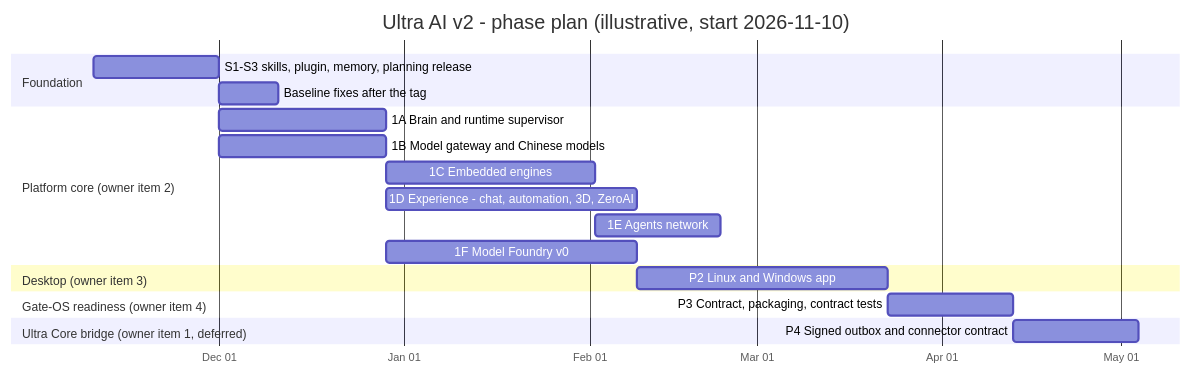
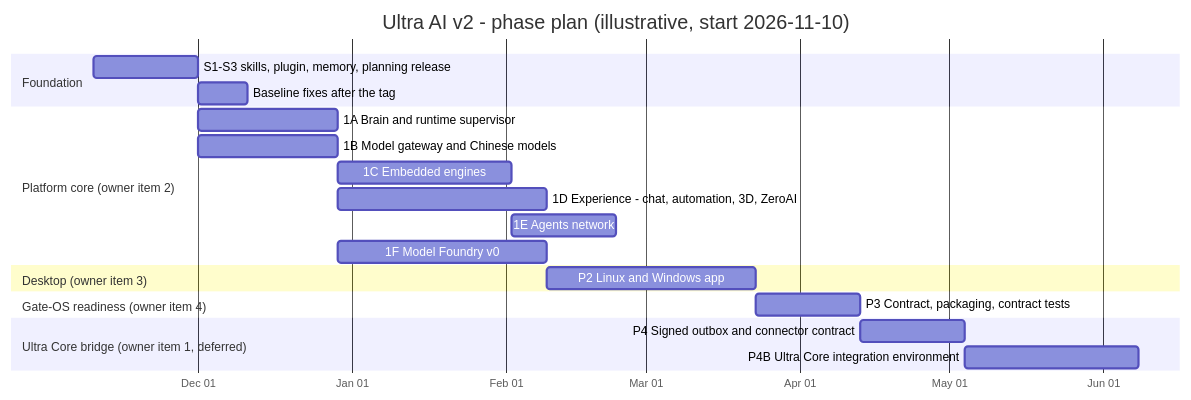
One commit to Ultra-Cube/Ultra-AI changed the first of 3 diagrams in brain-stack/workflows/ULTRA_AI_TODO.md. Above: the diagram before and after it, drawn with Mermaid. The commit also changed other lines of this file, not shown here.

First line of the commit message:
docs(planning): add P4B Ultra Core integration roadmap

````diff
--- a/brain-stack/workflows/ULTRA_AI_TODO.md
+++ b/brain-stack/workflows/ULTRA_AI_TODO.md
@@ -10,22 +10,23 @@
 ```mermaid
 gantt
     title Ultra AI v2 - phase plan (illustrative, start 2026-11-10)
     dateFormat  YYYY-MM-DD
     axisFormat  %b %d
     section Foundation
     S1-S3 skills, plugin, memory, planning release :p0a, 2026-11-10, 21d
     Baseline fixes after the tag                   :p0b, after p0a, 10d
     section Platform core (owner item 2)
     1A Brain and runtime supervisor                :p1a, after p0a, 28d
     1B Model gateway and Chinese models            :p1b, after p0a, 28d
     1C Embedded engines                            :p1c, after p1a, 35d
     1D Experience - chat, automation, 3D, ZeroAI   :p1d, after p1b, 42d
     1E Agents network                              :p1e, after p1c, 21d
     1F Model Foundry v0                            :p1f, after p1b, 42d
     section Desktop (owner item 3)
     P2 Linux and Windows app                       :p2, after p1d, 42d
     section Gate-OS readiness (owner item 4)
     P3 Contract, packaging, contract tests         :p3, after p2, 21d
     section Ultra Core bridge (owner item 1, deferred)
     P4 Signed outbox and connector contract        :p4, after p3, 21d
+    P4B Ultra Core integration environment         :p4b, after p4, 35d
 ```
````
